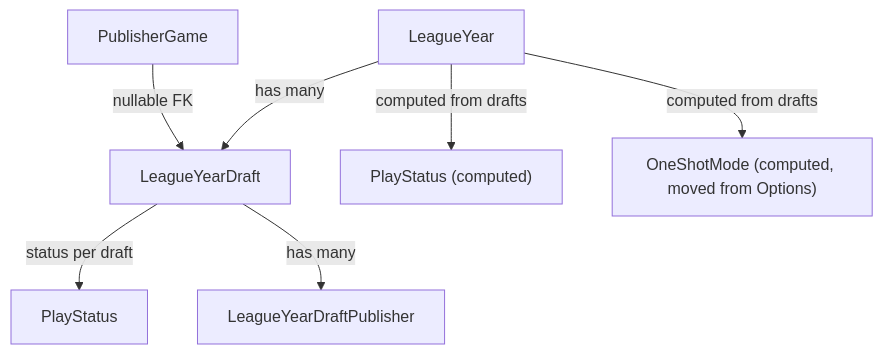
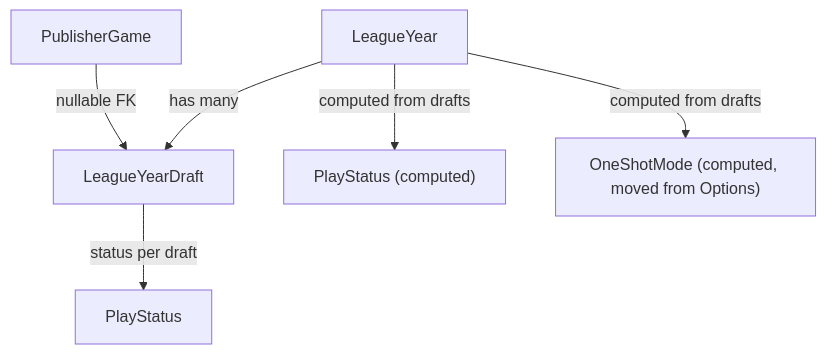
The diagram in .cursor/plans/multi-draft-leagues.plan.md (SteveF92/FantasyCritic), drawn with Mermaid before and after one commit. The commit also changed other lines of this file, not shown here.

Commit message:
Updated multi draft league plan

````diff
--- a/.cursor/plans/multi-draft-leagues.plan.md
+++ b/.cursor/plans/multi-draft-leagues.plan.md
@@ -9,9 +54,8 @@
 ```mermaid
 flowchart TD
     LeagueYear -->|"has many"| LeagueYearDraft
     LeagueYearDraft -->|"status per draft"| PlayStatus
-    LeagueYearDraft -->|"has many"| LeagueYearDraftPublisher
     PublisherGame -->|"nullable FK"| LeagueYearDraft
     LeagueYear -->|"computed from drafts"| ComputedPlayStatus["PlayStatus (computed)"]
     LeagueYear -->|"computed from drafts"| OneShotMode["OneShotMode (computed, moved from Options)"]
 ```
````
